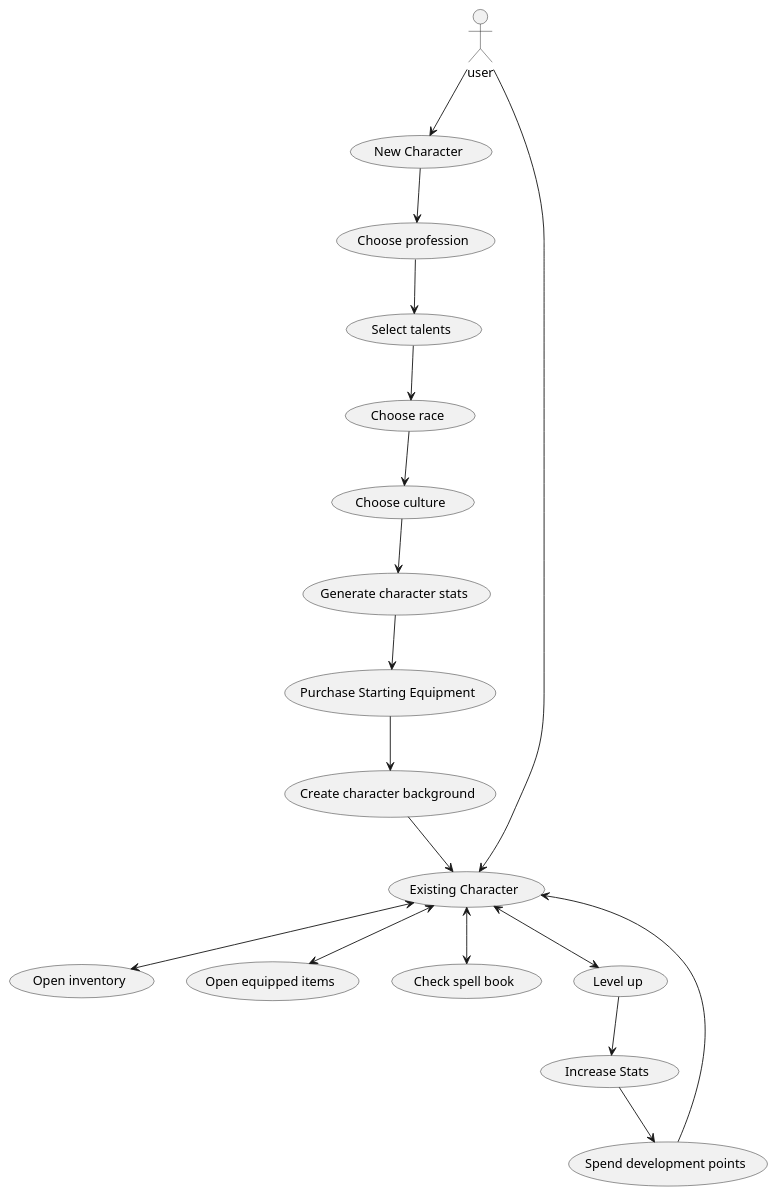
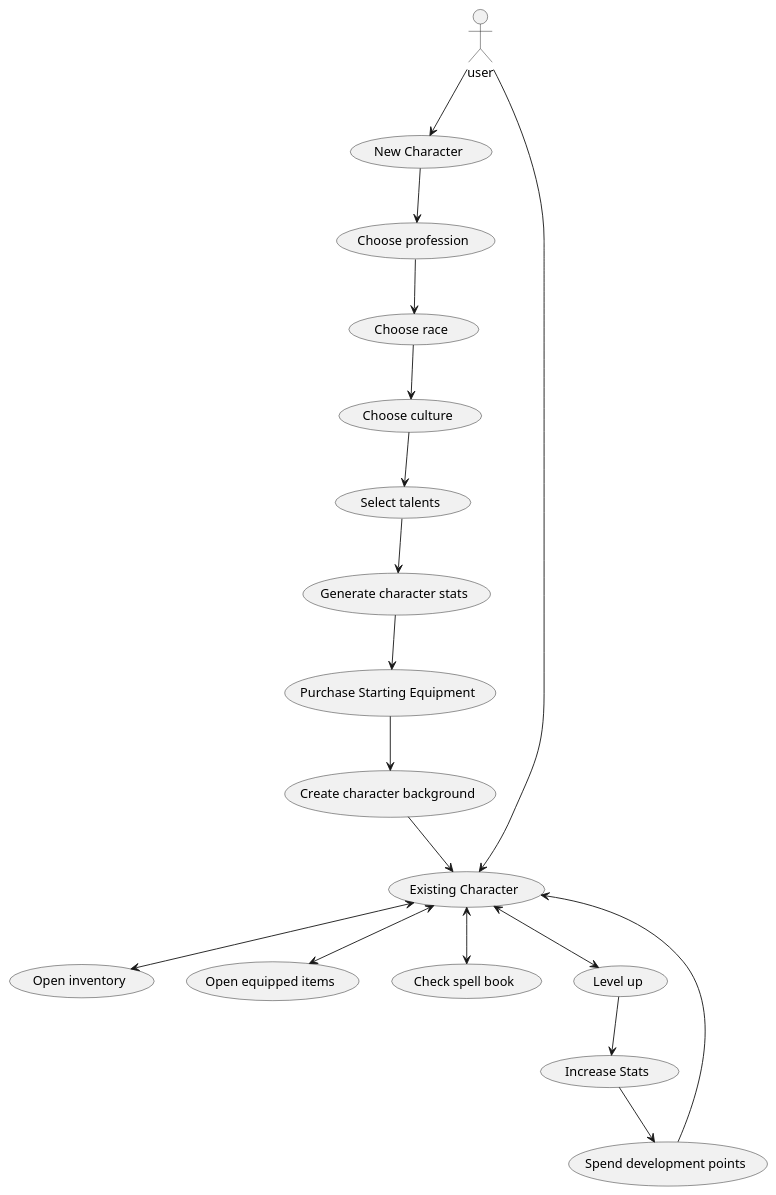
The diagram in Docs/UseCaseV2.puml (Falcho/ICE), drawn with PlantUML before and after one commit.

Commit message:
Updated UseCaseV2 to correct mistake

```diff
--- a/Docs/UseCaseV2.puml
+++ b/Docs/UseCaseV2.puml
@@ -1,42 +1,42 @@
 @startuml
 'https://plantuml.com/use-case-diagram
 
 actor user
 
 usecase "New Character" as UC1
 usecase "Existing Character" as UC2
 usecase "Choose race" as UC3
 usecase "Choose culture" as UC4
 usecase "Choose profession" as UC5
 usecase "Create character background" as UC6
 usecase "Generate character stats" as UC7
 usecase "Select talents" as UC8
 usecase "Purchase Starting Equipment" as UC9
 usecase "Open inventory" as UC10
 usecase "Open equipped items" as UC11
 usecase "Check spell book" as UC12
 usecase "Level up" as UC13
 usecase "Spend development points" as UC14
 usecase "Increase Stats" as UC15
 
 
 
 user --> UC1
 user --> UC2
 UC1 --> UC5
-UC5 --> UC8
-UC8 --> UC3
+UC5 --> UC3
 UC3 --> UC4
-UC4 --> UC7
+UC4 --> UC8
+UC8 --> UC7
 UC7 --> UC9
 UC9 --> UC6
 UC6 --> UC2
 UC2 <--> UC10
 UC2 <--> UC11
 UC2 <--> UC12
 UC2 <--> UC13
 UC13 --> UC15
 UC15 --> UC14
 UC14 --> UC2
 
 @enduml
```
